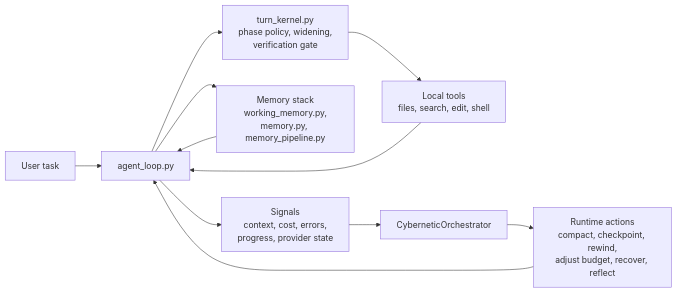
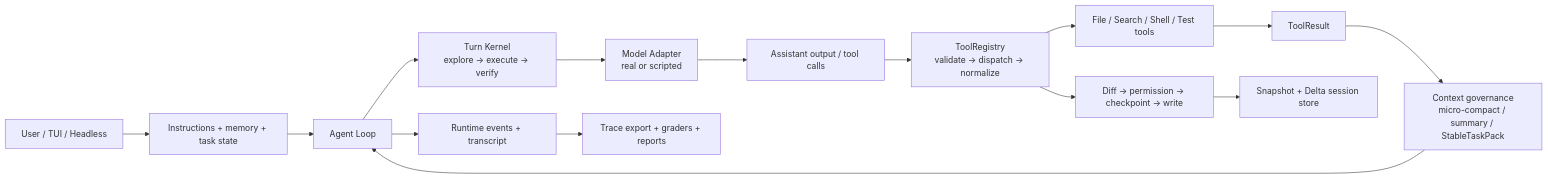
Before and after one commit to llyyyq/RepoTerm: the diagram in README.md, drawn with Mermaid. The commit also changed other lines of this file and 6 other files, not shown here.

````diff
--- a/README.md
+++ b/README.md
@@ -233,14 +56,17 @@
 ```mermaid
 flowchart LR
-    User["User task"] --> Loop["agent_loop.py"]
-    Loop --> Kernel["turn_kernel.py<br/>phase policy, widening,<br/>verification gate"]
-    Loop --> Memory["Memory stack<br/>working_memory.py,<br/>memory.py, memory_pipeline.py"]
-    Kernel --> Tools["Local tools<br/>files, search, edit, shell"]
-    Tools --> Loop
-    Memory --> Loop
-
-    Loop --> Signals["Signals<br/>context, cost, errors,<br/>progress, provider state"]
-    Signals --> Orchestrator["CyberneticOrchestrator"]
-    Orchestrator --> Actions["Runtime actions<br/>compact, checkpoint, rewind,<br/>adjust budget, recover, reflect"]
-    Actions --> Loop
+    User["User / TUI / Headless"] --> Prompt["Instructions + memory + task state"]
+    Prompt --> Loop["Agent Loop"]
+    Loop --> Turn["Turn Kernel<br/>explore → execute → verify"]
+    Turn --> Adapter["Model Adapter<br/>real or scripted"]
+    Adapter --> Calls["Assistant output / tool calls"]
+    Calls --> Registry["ToolRegistry<br/>validate → dispatch → normalize"]
+    Registry --> Tools["File / Search / Shell / Test tools"]
+    Tools --> Result["ToolResult"]
+    Result --> Context["Context governance<br/>micro-compact / summary / StableTaskPack"]
+    Context --> Loop
+    Registry --> SafeWrite["Diff → permission → checkpoint → write"]
+    SafeWrite --> Session["Snapshot + Delta session store"]
+    Loop --> Events["Runtime events + transcript"]
+    Events --> Evidence["Trace export + graders + reports"]
 ```
````
